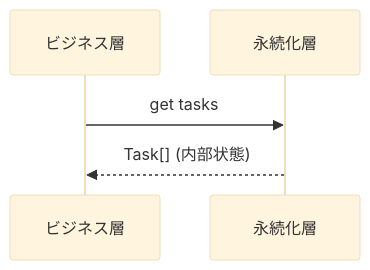
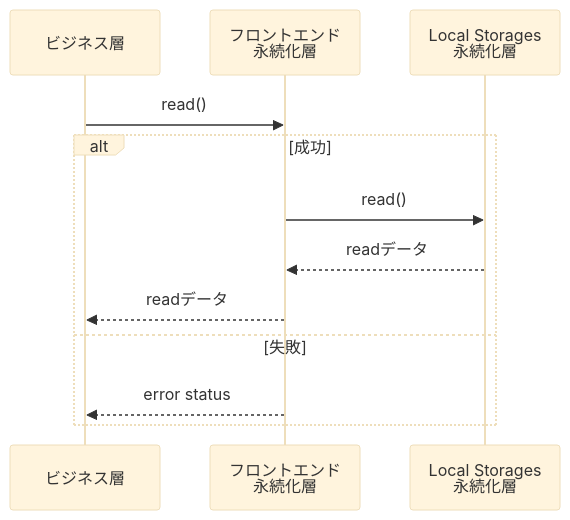
The second of 3 diagrams in doc/06_02_PERSISTENT_SPEC.md (osawa-naotaka/vanishtodo), drawn with Mermaid (base theme) before and after one commit. The commit also changed other lines of this file, not shown here.

````diff
--- a/doc/06_02_PERSISTENT_SPEC.md
+++ b/doc/06_02_PERSISTENT_SPEC.md
@@ -106,8 +154,15 @@
 ```mermaid
 sequenceDiagram
     participant Business as ビジネス層
-    participant Persistent as 永続化層
-
-    Business->>Persistent: get tasks
-    Persistent-->>Business: Task[] (内部状態)
+    participant Front as フロントエンド<br>永続化層
+    participant Local as Local Storages<br>永続化層
+    
+    Business->>Front: read()
+    alt 成功
+        Front->>Local: read()
+        Local-->>Front: readデータ
+        Front-->>Business: readデータ
+    else 失敗
+        Front-->>Business: error status
+    end
 ```
````
